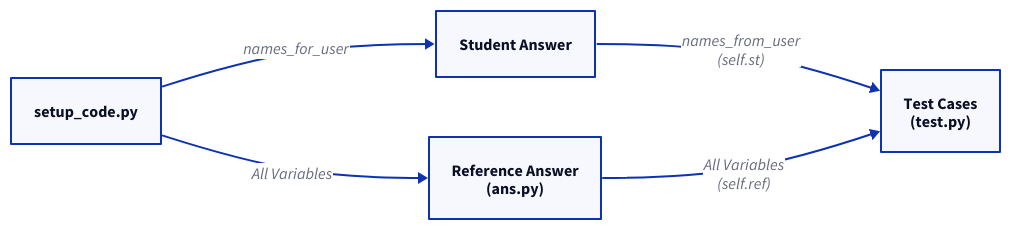
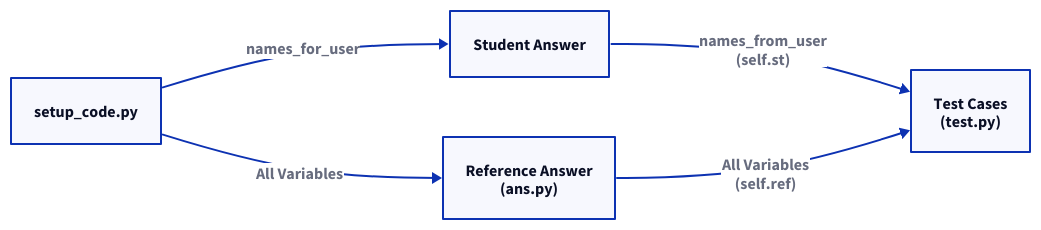
One commit to PrairieLearn/PrairieLearn changed the diagram in docs/python-grader/index.md. Above: the diagram before and after it, drawn with D2. The commit also changed 5 other files, not shown here.

````diff
--- a/docs/python-grader/index.md
+++ b/docs/python-grader/index.md
@@ -216,12 +216,32 @@
 ```d2
 direction: right
 setup: "setup_code.py"
 student: "Student Answer"
 reference: "Reference Answer\n(ans.py)"
 test: "Test Cases\n(test.py)"
 
-setup -> student { label: "names_for_user"}
-setup -> reference { label: "All Variables"}
-student -> test { label: "names_from_user\n(self.st)"}
-reference -> test { label: "All Variables\n(self.ref)"}
+setup -> student {
+  label: "names_for_user"
+  style: {
+    bold: true
+  }
+}
+setup -> reference {
+  label: "All Variables"
+  style: {
+    bold: true
+  }
+}
+student -> test {
+  label: "names_from_user\n(self.st)"
+  style: {
+    bold: true
+  }
+}
+reference -> test {
+  label: "All Variables\n(self.ref)"
+  style: {
+    bold: true
+  }
+}
 ```
````
